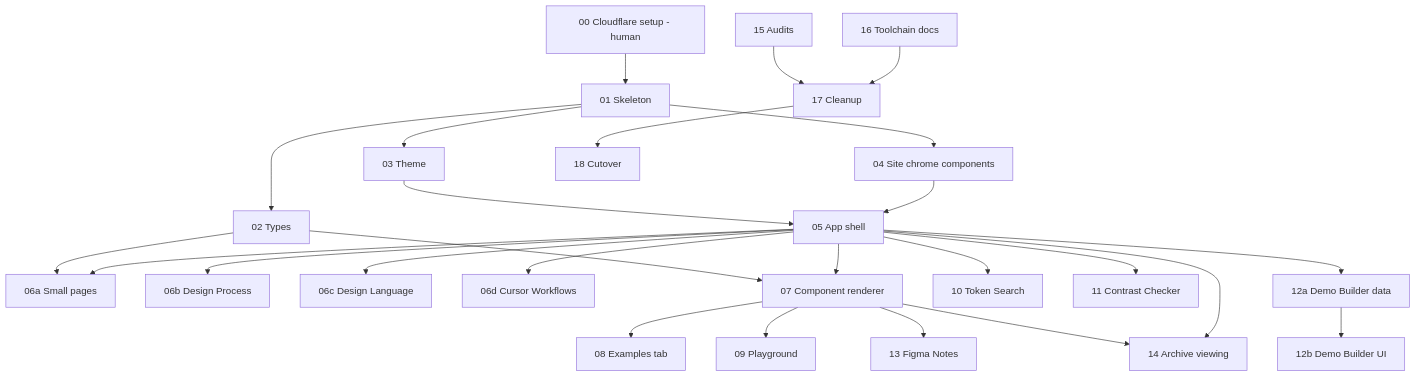
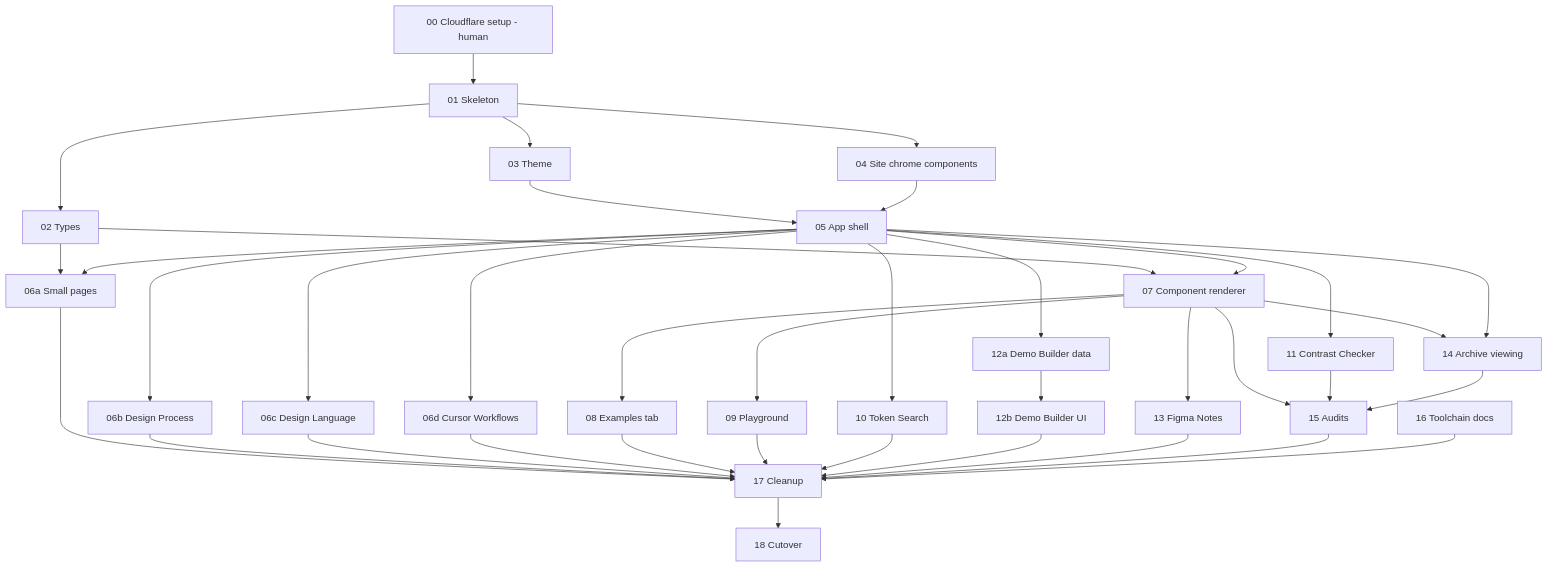
The second of 2 diagrams in .cursor/plans/uds-docs-nextjs-migration.md (sbajwa32/uds-docs), drawn with Mermaid before and after one commit. The commit also changed other lines of this file, not shown here.

````diff
--- a/.cursor/plans/uds-docs-nextjs-migration.md
+++ b/.cursor/plans/uds-docs-nextjs-migration.md
@@ -183,52 +183,64 @@
 ```mermaid
 graph TD
   c00[00 Cloudflare setup - human]
   c01[01 Skeleton]
   c02[02 Types]
   c03[03 Theme]
   c04[04 Site chrome components]
   c05[05 App shell]
   c06a[06a Small pages]
   c06b[06b Design Process]
   c06c[06c Design Language]
   c06d[06d Cursor Workflows]
   c07[07 Component renderer]
   c08[08 Examples tab]
   c09[09 Playground]
   c10[10 Token Search]
   c11[11 Contrast Checker]
   c12a[12a Demo Builder data]
   c12b[12b Demo Builder UI]
   c13[13 Figma Notes]
   c14[14 Archive viewing]
   c15[15 Audits]
   c16[16 Toolchain docs]
   c17[17 Cleanup]
   c18[18 Cutover]
 
   c00 --> c01
   c01 --> c02
   c01 --> c03
   c01 --> c04
   c03 --> c05
   c04 --> c05
   c02 --> c06a
   c02 --> c07
   c05 --> c06a
   c05 --> c06b
   c05 --> c06c
   c05 --> c06d
   c05 --> c07
   c07 --> c08
   c07 --> c09
   c07 --> c13
   c07 --> c14
   c05 --> c10
   c05 --> c11
   c05 --> c12a
   c05 --> c14
   c12a --> c12b
+  c07 --> c15
+  c11 --> c15
+  c14 --> c15
+  c06a --> c17
+  c06b --> c17
+  c06c --> c17
+  c06d --> c17
+  c08 --> c17
+  c09 --> c17
+  c10 --> c17
+  c12b --> c17
+  c13 --> c17
   c15 --> c17
   c16 --> c17
   c17 --> c18
 ```
````
